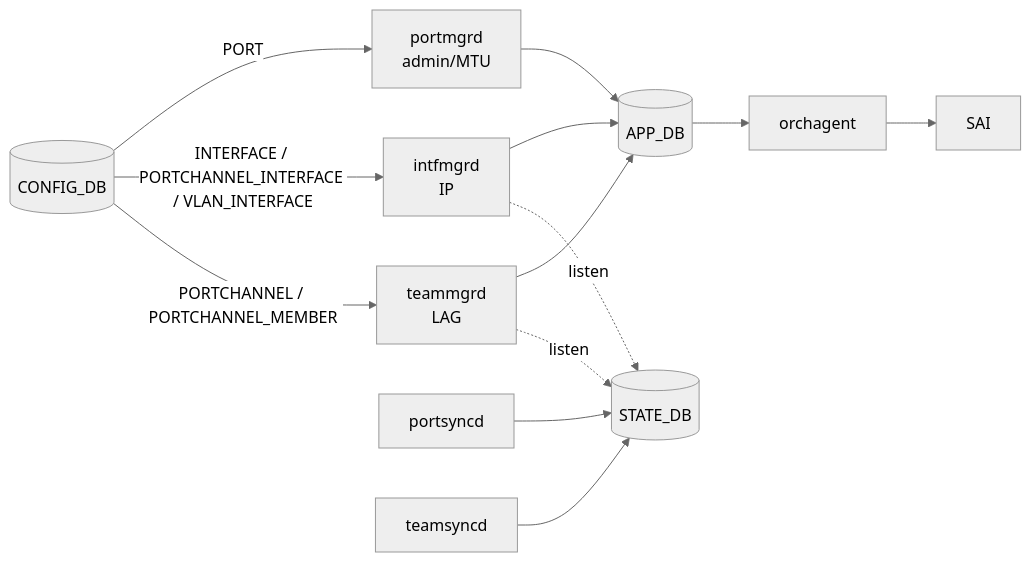
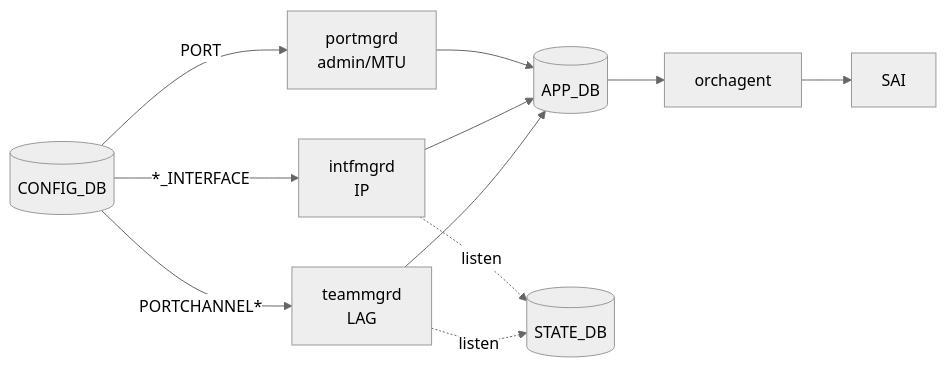
The diagram in docs/switching/sonic-ip-lag-incremental-update.md (aoki-taquan/sonic-unofficial-docs), drawn with Mermaid (neutral theme) before and after one commit. The commit also changed other lines of this file and 7 other files, not shown here.

````diff
--- a/docs/switching/sonic-ip-lag-incremental-update.md
+++ b/docs/switching/sonic-ip-lag-incremental-update.md
@@ -134,17 +57,14 @@
 ```mermaid
 flowchart LR
     CFG[(CONFIG_DB)]
-    CFG -->|PORT| PMGR[portmgrd\nadmin/MTU]
-    CFG -->|INTERFACE / PORTCHANNEL_INTERFACE / VLAN_INTERFACE| IMGR[intfmgrd\nIP]
-    CFG -->|PORTCHANNEL / PORTCHANNEL_MEMBER| TMGR[teammgrd\nLAG]
+    CFG -->|PORT| PMGR[portmgrd<br/>admin/MTU]
+    CFG -->|*_INTERFACE| IMGR[intfmgrd<br/>IP]
+    CFG -->|PORTCHANNEL*| TMGR[teammgrd<br/>LAG]
     PMGR --> APPDB[(APP_DB)]
     IMGR --> APPDB
     TMGR --> APPDB
-    APPDB --> ORCH[orchagent]
-    ORCH --> SAI[SAI]
+    APPDB --> ORCH[orchagent] --> SAI
     STATEDB[(STATE_DB)]
-    PORTSY[portsyncd] --> STATEDB
-    TEAMSY[teamsyncd] --> STATEDB
     IMGR -.listen.-> STATEDB
     TMGR -.listen.-> STATEDB
 ```
````
